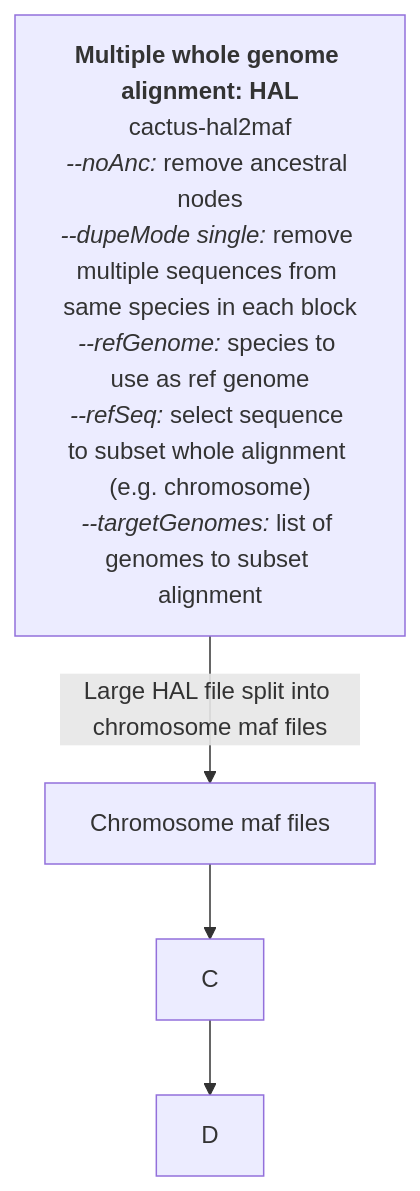
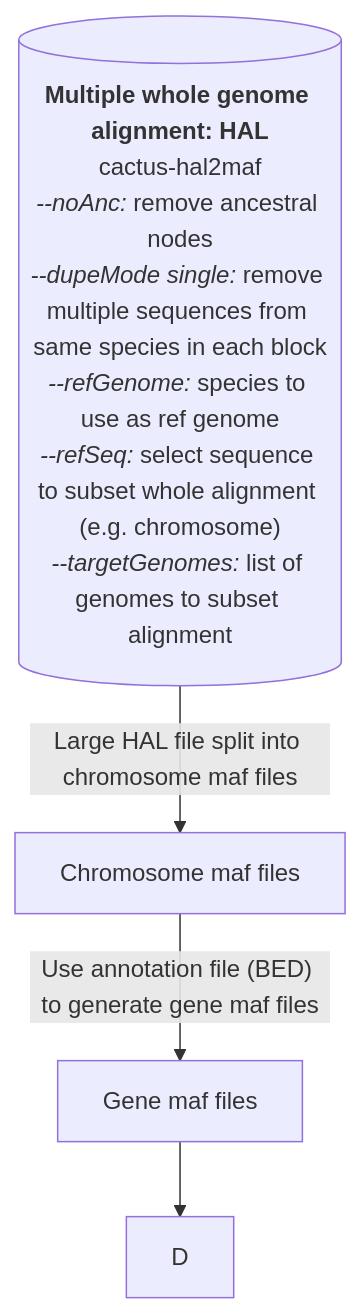
The diagram in README.md (mileswhedbee/RERconverge_pipeline), drawn with Mermaid before and after one commit.

````diff
--- a/README.md
+++ b/README.md
@@ -6,12 +6,12 @@
 ```mermaid
 graph TD;
-    A["`**Multiple whole genome alignment: HAL**
+    A[("`**Multiple whole genome alignment: HAL**
        cactus-hal2maf
        _--noAnc:_ remove ancestral nodes
        _--dupeMode single:_ remove multiple sequences from same species in each block
        _--refGenome:_ species to use as ref genome
        _--refSeq:_ select sequence to subset whole alignment (e.g. chromosome)
-       _--targetGenomes:_ list of genomes to subset alignment`"]--Large HAL file split into chromosome maf files-->B[Chromosome maf files];
-    B-->C;
+       _--targetGenomes:_ list of genomes to subset alignment`")]--Large HAL file split into chromosome maf files-->B[Chromosome maf files];
+    B--Use annotation file (BED) to generate gene maf files-->C[Gene maf files];
     C-->D;
 ```
````
